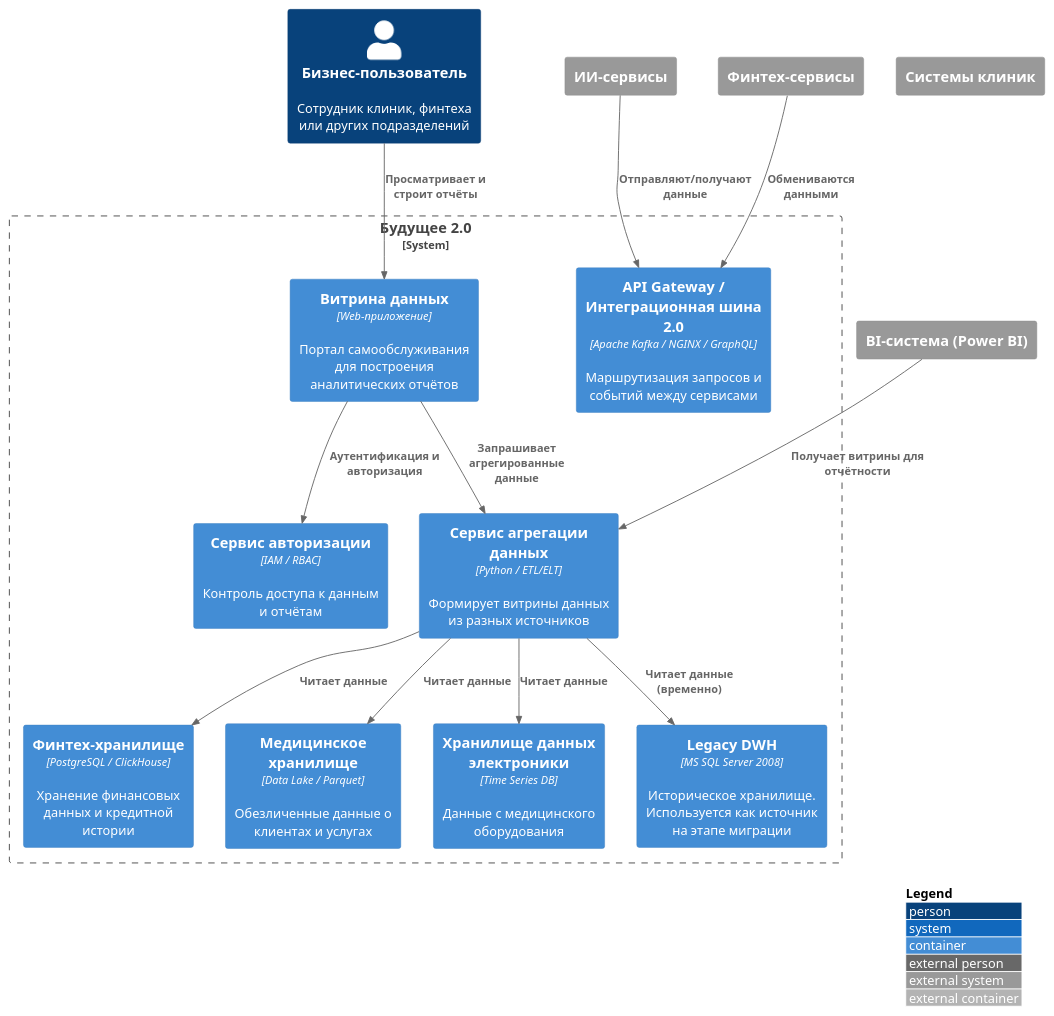
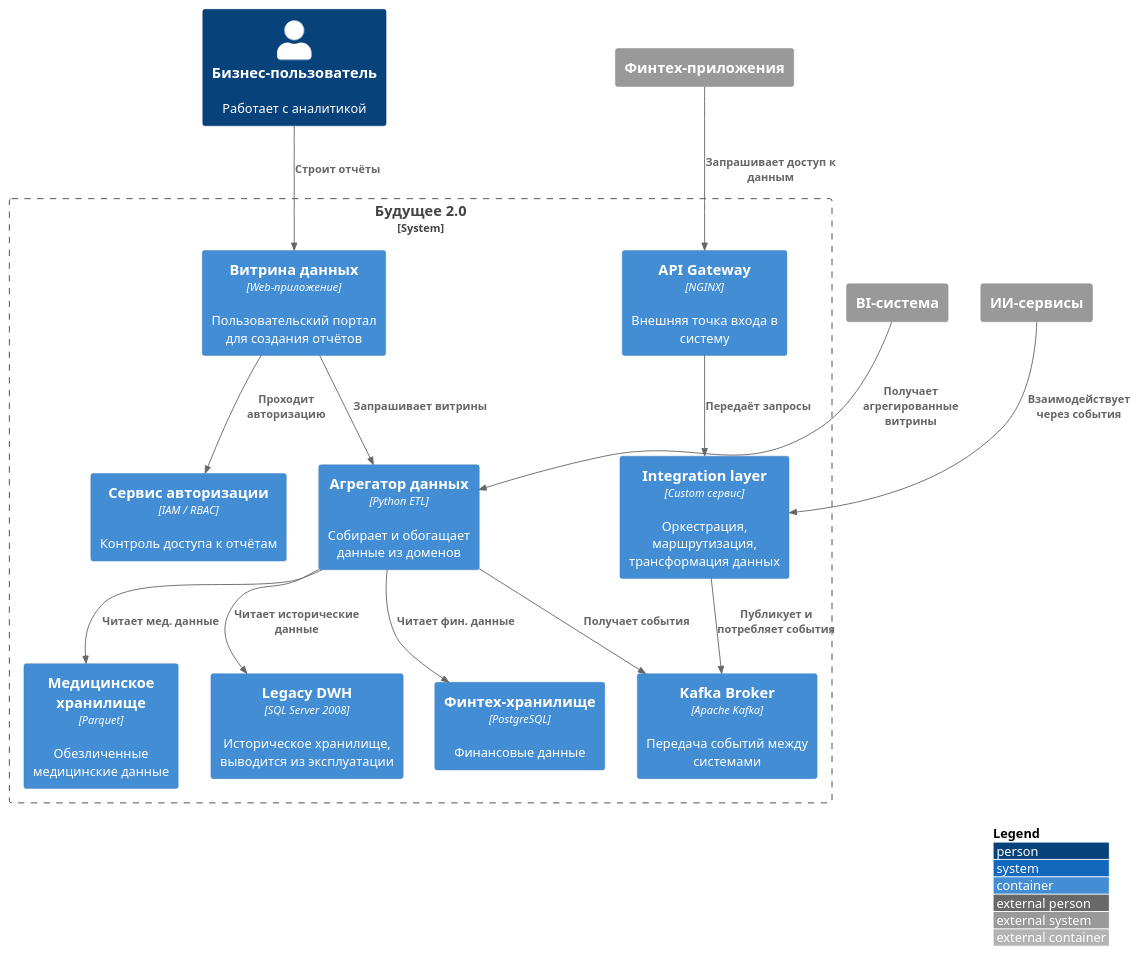
One commit to dv-go/architecture-future_2_0 changed the diagram in Task1/C4.puml. Above: the diagram before and after it, drawn with PlantUML. The commit also changed other lines of this file and 4 other files, not shown here.

Commit message:
refactor: обновлены диаграммы C4 и DFD, добавлено пояснение в README

```diff
--- a/Task1/C4.puml
+++ b/Task1/C4.puml
@@ -1,41 +2,39 @@
 @startuml C4_Container
-!includeurl https://raw.githubusercontent.com/plantuml-stdlib/C4-PlantUML/master/C4_Container.puml
+!include https://raw.githubusercontent.com/plantuml-stdlib/C4-PlantUML/master/C4_Container.puml
 
 LAYOUT_WITH_LEGEND()
 
-Person(businessUser, "Бизнес-пользователь", "Сотрудник клиник, финтеха или других подразделений")
+Person(businessUser, "Бизнес-пользователь", "Работает с аналитикой")
 
-System_Boundary(b2, "Будущее 2.0") {
-    
-    Container(portal, "Витрина данных", "Web-приложение", "Портал самообслуживания для построения аналитических отчётов")
-    Container(apiGateway, "API Gateway / Интеграционная шина 2.0", "Apache Kafka / NGINX / GraphQL", "Маршрутизация запросов и событий между сервисами")
-    Container(authService, "Сервис авторизации", "IAM / RBAC", "Контроль доступа к данным и отчётам")
-    Container(dataAggregator, "Сервис агрегации данных", "Python / ETL/ELT", "Формирует витрины данных из разных источников")
-    
-    Container(finDataStore, "Финтех-хранилище", "PostgreSQL / ClickHouse", "Хранение финансовых данных и кредитной истории")
-    Container(medDataStore, "Медицинское хранилище", "Data Lake / Parquet", "Обезличенные данные о клиентах и услугах")
-    Container(devicesDataStore, "Хранилище данных электроники", "Time Series DB", "Данные с медицинского оборудования")
-    Container(legacyDWH, "Legacy DWH", "MS SQL Server 2008", "Историческое хранилище. Используется как источник на этапе миграции")
+System_Boundary(system, "Будущее 2.0") {
+
+    Container(portal, "Витрина данных", "Web-приложение", "Пользовательский портал для создания отчётов")
+    Container(authService, "Сервис авторизации", "IAM / RBAC", "Контроль доступа к отчётам")
+    Container(dataAggregator, "Агрегатор данных", "Python ETL", "Собирает и обогащает данные из доменов")
+    Container(finDataStore, "Финтех-хранилище", "PostgreSQL", "Финансовые данные")
+    Container(medDataStore, "Медицинское хранилище", "Parquet", "Обезличенные медицинские данные")
+    Container(legacyDWH, "Legacy DWH", "SQL Server 2008", "Историческое хранилище, выводится из эксплуатации")
+    Container(kafka, "Kafka Broker", "Apache Kafka", "Передача событий между системами")
+    Container(integration, "Integration layer", "Custom сервис", "Оркестрация, маршрутизация, трансформация данных")
+    Container(apiGateway, "API Gateway", "NGINX", "Внешняя точка входа в систему")
 
 }
 
-System_Ext(biSystem, "BI-система (Power BI)")
-System_Ext(clinicSystems, "Системы клиник")
-System_Ext(aiServices, "ИИ-сервисы")
-System_Ext(fintechApps, "Финтех-сервисы")
+System_Ext(biSystem, "BI-система")
+System_Ext(aiService, "ИИ-сервисы")
+System_Ext(fintechApp, "Финтех-приложения")
 
-' Взаимодействия
-Rel(businessUser, portal, "Просматривает и строит отчёты")
-Rel(portal, authService, "Аутентификация и авторизация")
-Rel(portal, dataAggregator, "Запрашивает агрегированные данные")
-Rel(dataAggregator, finDataStore, "Читает данные")
-Rel(dataAggregator, medDataStore, "Читает данные")
-Rel(dataAggregator, devicesDataStore, "Читает данные")
-Rel(dataAggregator, legacyDWH, "Читает данные (временно)")
-
-Rel(fintechApps, apiGateway, "Обмениваются данными")
-Rel(aiServices, apiGateway, "Отправляют/получают данные")
-
-Rel(biSystem, dataAggregator, "Получает витрины для отчётности")
+Rel(businessUser, portal, "Строит отчёты")
+Rel(portal, authService, "Проходит авторизацию")
+Rel(portal, dataAggregator, "Запрашивает витрины")
+Rel(dataAggregator, finDataStore, "Читает фин. данные")
+Rel(dataAggregator, medDataStore, "Читает мед. данные")
+Rel(dataAggregator, legacyDWH, "Читает исторические данные")
+Rel(dataAggregator, kafka, "Получает события")
+Rel(apiGateway, integration, "Передаёт запросы")
+Rel(integration, kafka, "Публикует и потребляет события")
+Rel(aiService, integration, "Взаимодействует через события")
+Rel(fintechApp, apiGateway, "Запрашивает доступ к данным")
+Rel(biSystem, dataAggregator, "Получает агрегированные витрины")
 
 @enduml
```
